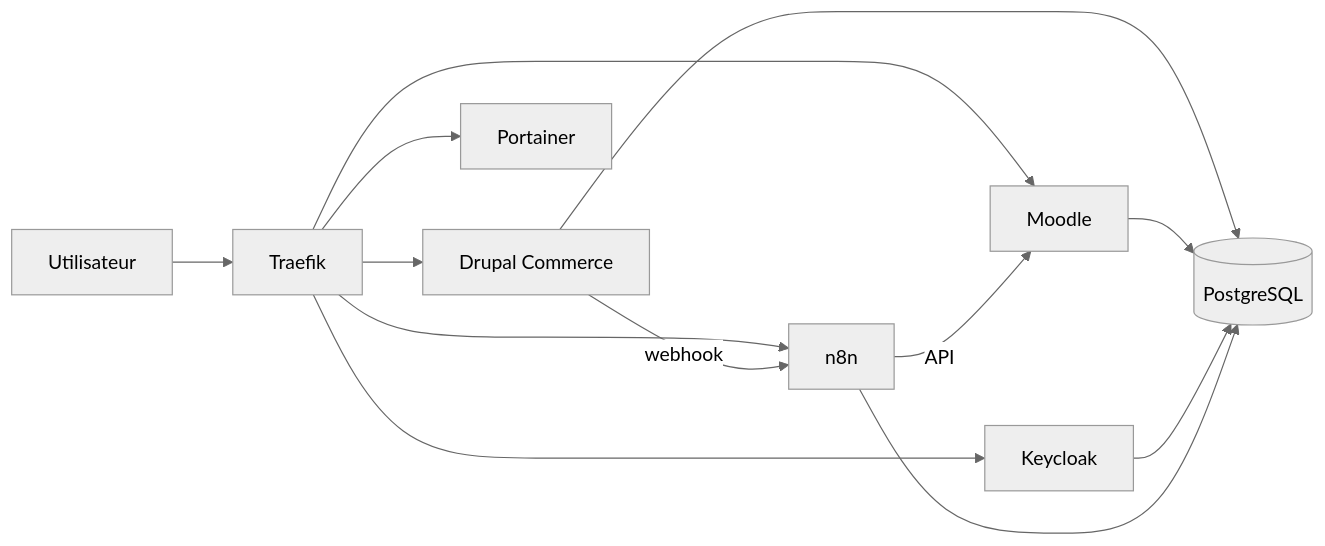
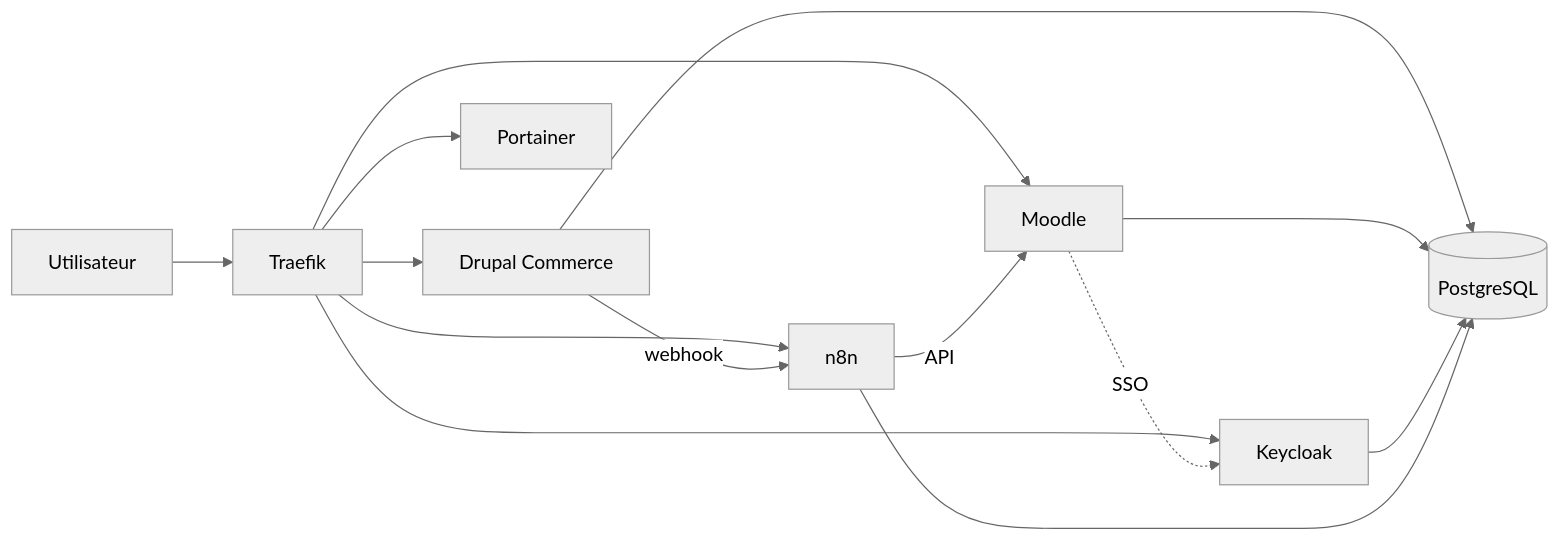
One commit to 20GHhub19/CR465-travail-de-session changed the diagram in README.md. Above: the diagram before and after it, drawn with Mermaid (neutral theme). The commit also changed other lines of this file, not shown here.

Commit message:
ajout SSO schéma

````diff
--- a/README.md
+++ b/README.md
@@ -13,11 +13,12 @@
 ```mermaid
 flowchart LR
   U[Utilisateur] --> T[Traefik]
   T --> D[Drupal Commerce]
   T --> M[Moodle]
   T --> K[Keycloak]
   T --> N[n8n]
   T --> P[Portainer]
   D -->|webhook| N -->|API| M
+  M -.->|SSO| K 
   D & M & K & N --> DB[(PostgreSQL)]
 ```
````
